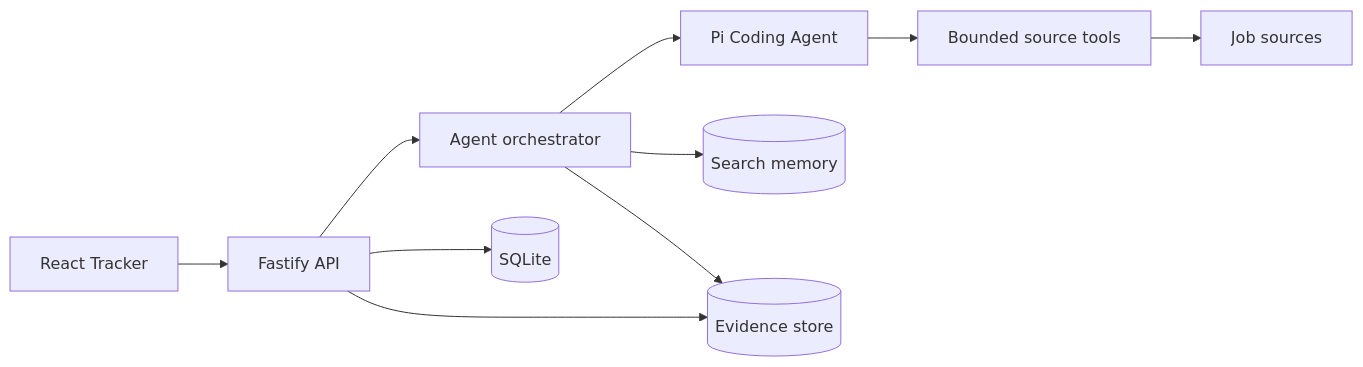
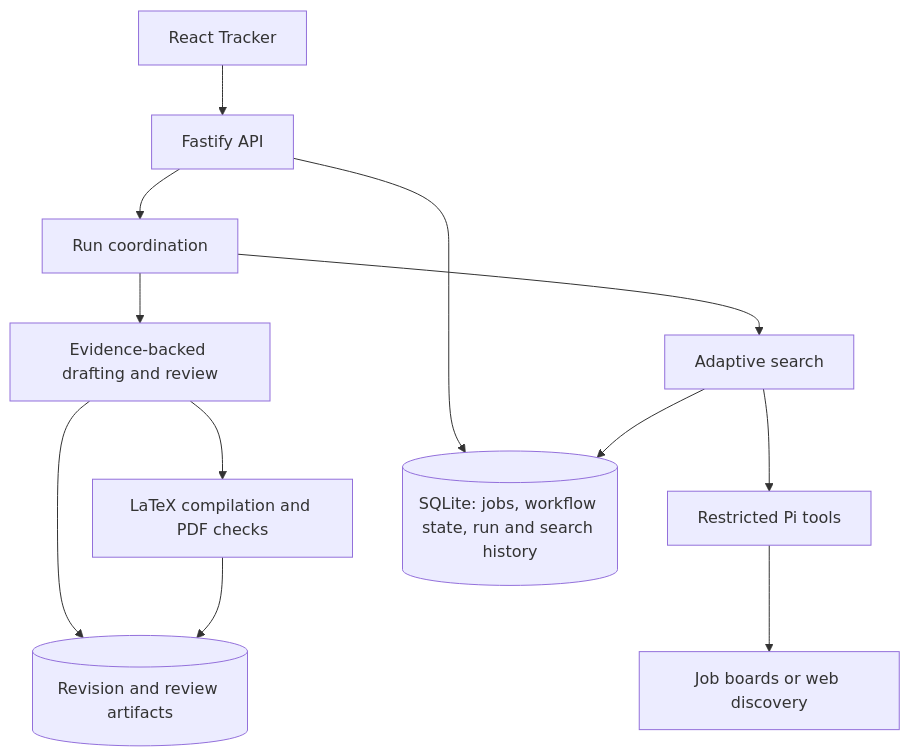
One commit to chndranndr/job-sequencer changed the diagram in README.md. Above: the diagram before and after it, drawn with Mermaid. The commit also changed other lines of this file and 7 other files, not shown here.

````diff
--- a/README.md
+++ b/README.md
@@ -40,12 +62,14 @@
 ```mermaid
-flowchart LR
+flowchart TB
   Tracker[React Tracker] --> API[Fastify API]
-  API --> Orchestrator[Agent orchestrator]
-  Orchestrator --> Pi[Pi Coding Agent]
-  Pi --> Tools[Bounded source tools]
-  Tools --> Sources[Job sources]
-  API --> SQLite[(SQLite)]
-  Orchestrator --> Memory[(Search memory)]
-  Orchestrator --> Evidence[(Evidence store)]
-  API --> Evidence
+  API --> Runs[Run coordination]
+  Runs --> Search[Adaptive search]
+  Search --> Tools[Restricted Pi tools]
+  Tools --> Sources[Job boards or web discovery]
+  Runs --> Generation[Evidence-backed drafting and review]
+  Generation --> PDF[LaTeX compilation and PDF checks]
+  API --> SQLite[(SQLite: jobs, workflow state, run and search history)]
+  Search --> SQLite
+  Generation --> Artifacts[(Revision and review artifacts)]
+  PDF --> Artifacts
 ```
````
